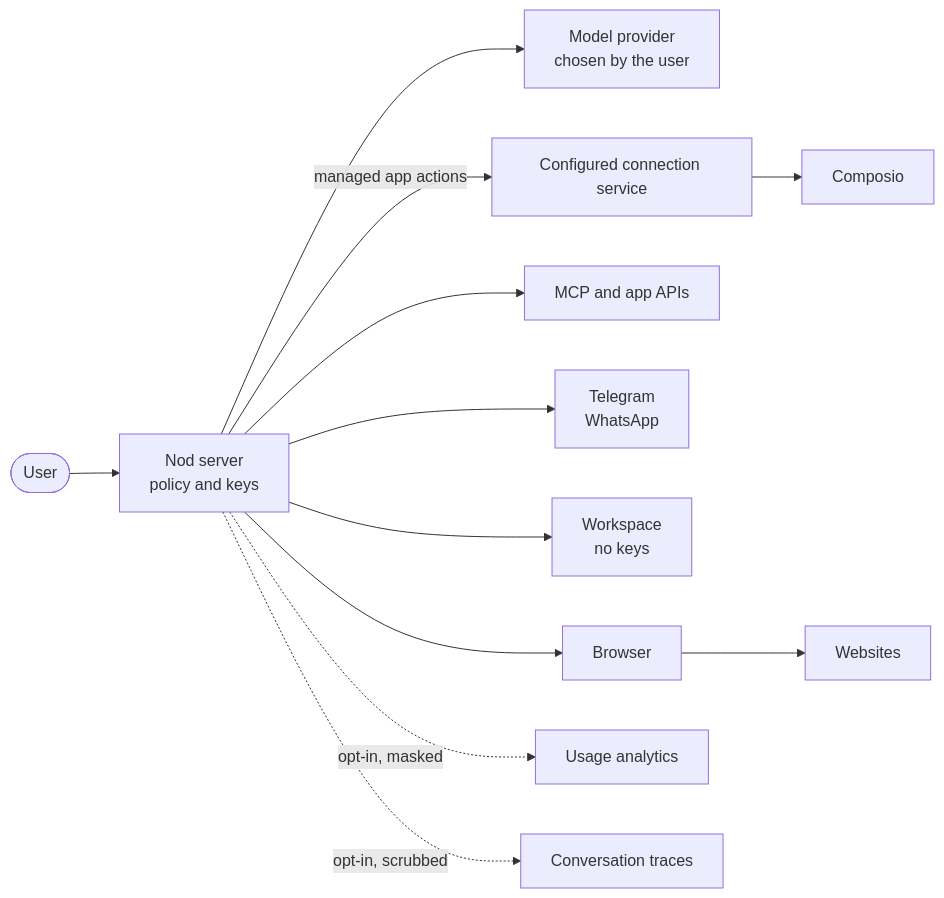
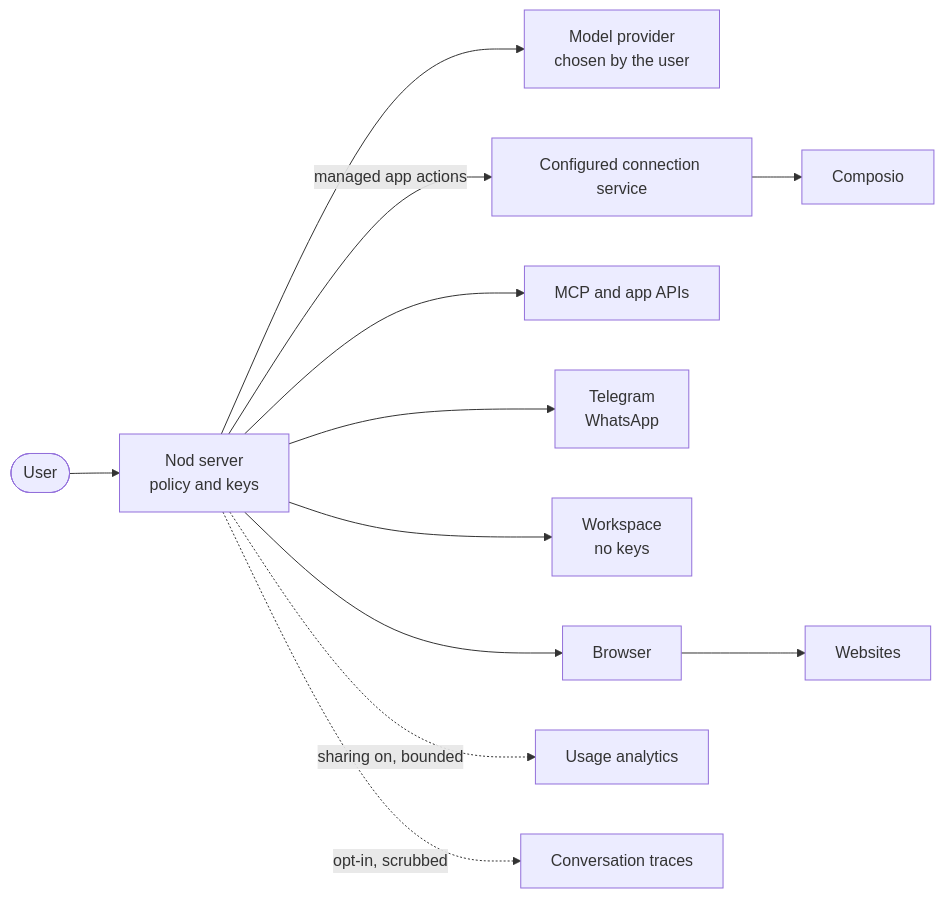
One commit to KrishBhimani/nod changed the diagram in docs/src/content/docs/trust/security-review.mdx. Above: the diagram before and after it, drawn with Mermaid. The commit also changed other lines of this file and 99 other files, not shown here.

````diff
--- a/docs/src/content/docs/trust/security-review.mdx
+++ b/docs/src/content/docs/trust/security-review.mdx
@@ -24,13 +24,13 @@
 ```mermaid
 flowchart LR
   user([User]):::accent --> server[Nod server<br/>policy and keys]
   server --> model[Model provider<br/>chosen by the user]
   server -- managed app actions --> managed["Configured connection service"]
   managed --> composio[Composio]
   server --> apps[MCP and app APIs]
   server --> chat[Telegram<br/>WhatsApp]
   server --> box[Workspace<br/>no keys]:::muted
   server --> browser[Browser]:::muted --> sites[Websites]
-  server -. opt-in, masked .-> analytics[Usage analytics]:::muted
+  server -. sharing on, bounded .-> analytics[Usage analytics]:::muted
   server -. opt-in, scrubbed .-> traces[Conversation traces]:::muted
 ```
````
